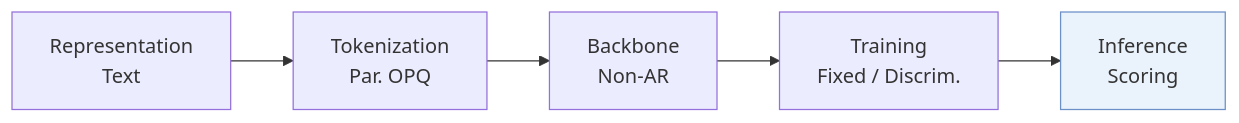
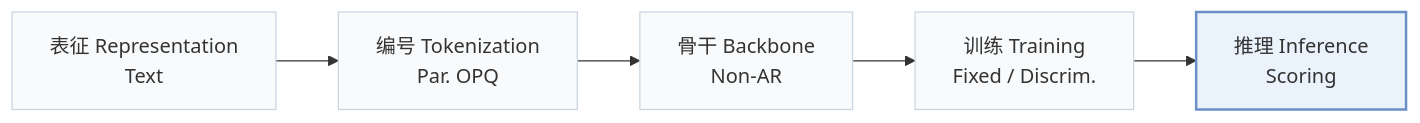
One commit to Galaxy-ghost/Awesome-SID-Generative-Rec changed the first of 2 diagrams in pages/zh/papers/cite.md. Above: the diagram before and after it, drawn with Mermaid. The commit also changed other lines of this file and 649 other files, not shown here.

Commit message:
writer-05: also tags and modality index (schema, check, build, visuals); summary field removed; calibration data for 12 papers

````diff
--- a/pages/zh/papers/cite.md
+++ b/pages/zh/papers/cite.md
@@ -13,6 +15,8 @@
 ```mermaid
 flowchart LR
-    R["Representation<br/>Text"] --> T["Tokenization<br/>Par. OPQ"] --> B["Backbone<br/>Non-AR"] --> TR["Training<br/>Fixed / Discrim."] --> I["Inference<br/>Scoring"]
-    classDef main fill:#eaf2fb,stroke:#6b8fc7
+    R["表征 Representation<br/>Text"] --> T["编号 Tokenization<br/>Par. OPQ"] --> B["骨干 Backbone<br/>Non-AR"] --> TR["训练 Training<br/>Fixed / Discrim."] --> I["推理 Inference<br/>Scoring"]
+    classDef base fill:#f8fafc,stroke:#cbd5e1
+    class R,T,B,TR,I base
+    classDef main fill:#eaf2fb,stroke:#6b8fc7,stroke-width:2px
     class I main
 ```
````
